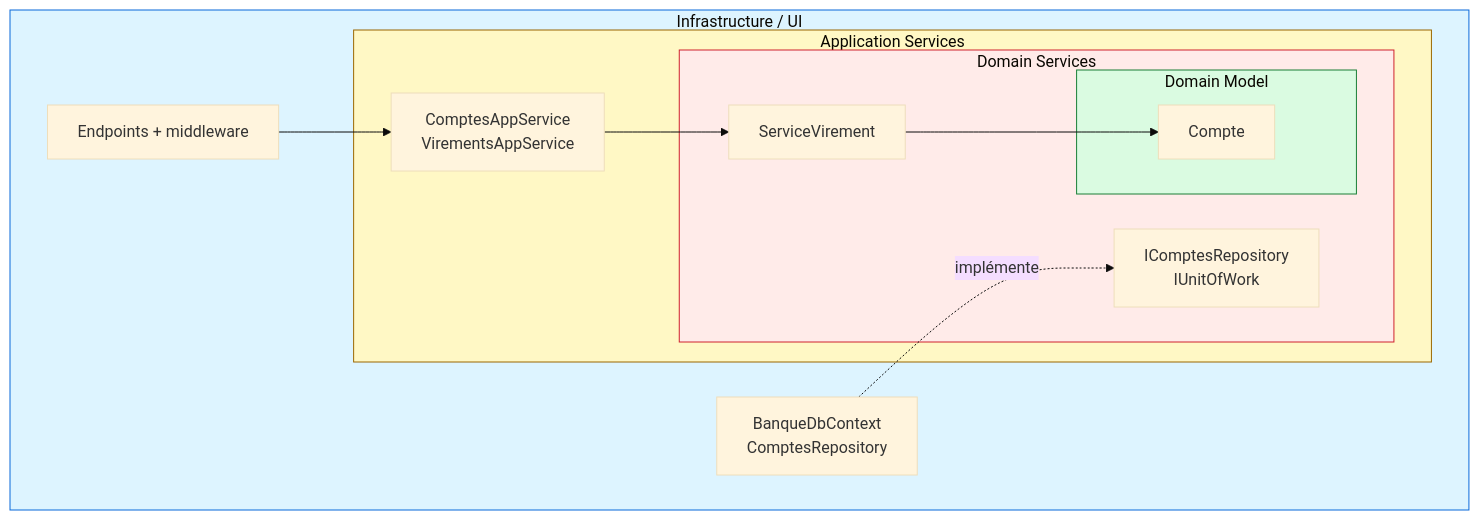
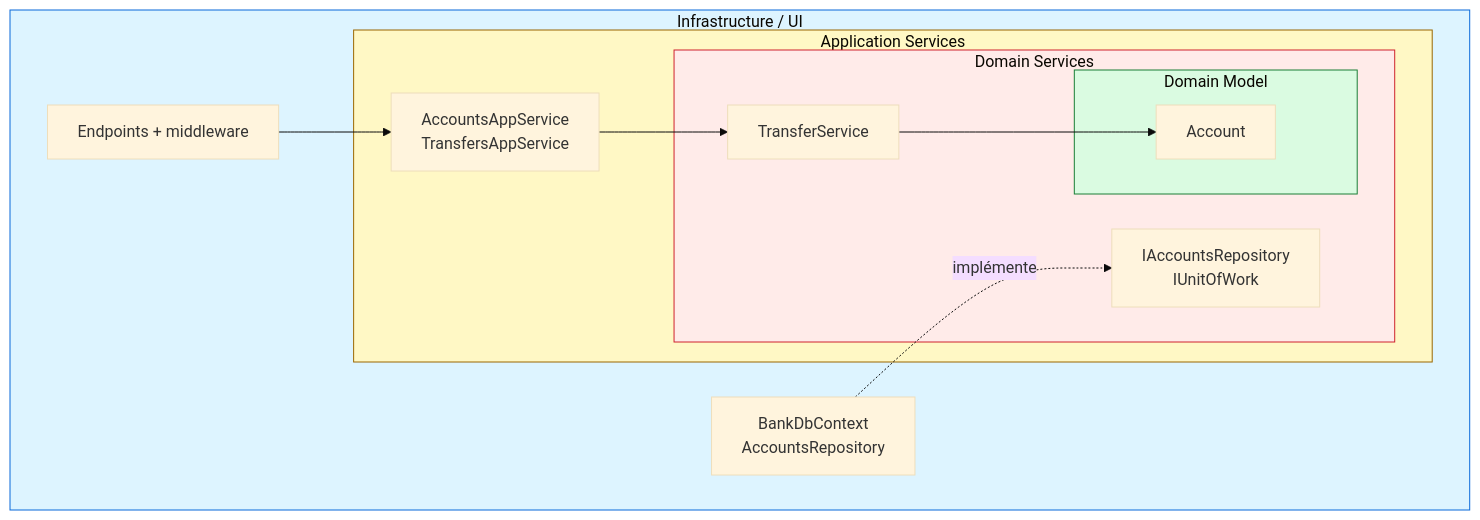
The first of 3 diagrams in Docs/02-onion.md (drangoht/ArchitecturesDemo), drawn with Mermaid (base theme) before and after one commit. The commit also changed other lines of this file and 70 other files, not shown here.

Commit message:
Docs FR : identifiants, liens, diagrammes et sorties alignés sur le code anglais

````diff
--- a/Docs/02-onion.md
+++ b/Docs/02-onion.md
@@ -14,31 +14,31 @@
 ```mermaid
 flowchart TB
     subgraph Infra["Infrastructure / UI"]
         subgraph App["Application Services"]
             subgraph DS["Domain Services"]
                 subgraph DM["Domain Model"]
-                    Compte["Compte"]
+                    Account["Account"]
                 end
-                SV["ServiceVirement"]
-                I["IComptesRepository<br/>IUnitOfWork"]
+                SV["TransferService"]
+                I["IAccountsRepository<br/>IUnitOfWork"]
             end
-            AS["ComptesAppService<br/>VirementsAppService"]
+            AS["AccountsAppService<br/>TransfersAppService"]
         end
-        EF["BanqueDbContext<br/>ComptesRepository"]
+        EF["BankDbContext<br/>AccountsRepository"]
         Api["Endpoints + middleware"]
     end
 
     EF -. "implémente" .-> I
     Api --> AS
     AS --> SV
-    SV --> Compte
+    SV --> Account
 
     classDef c1 fill:#ddf4ff,stroke:#0969da
     classDef c2 fill:#fff8c5,stroke:#9a6700
     classDef c3 fill:#ffebe9,stroke:#cf222e
     classDef c4 fill:#dafbe1,stroke:#1a7f37
     class DM c4
     class DS c3
     class App c2
     class Infra c1
 ```
````
